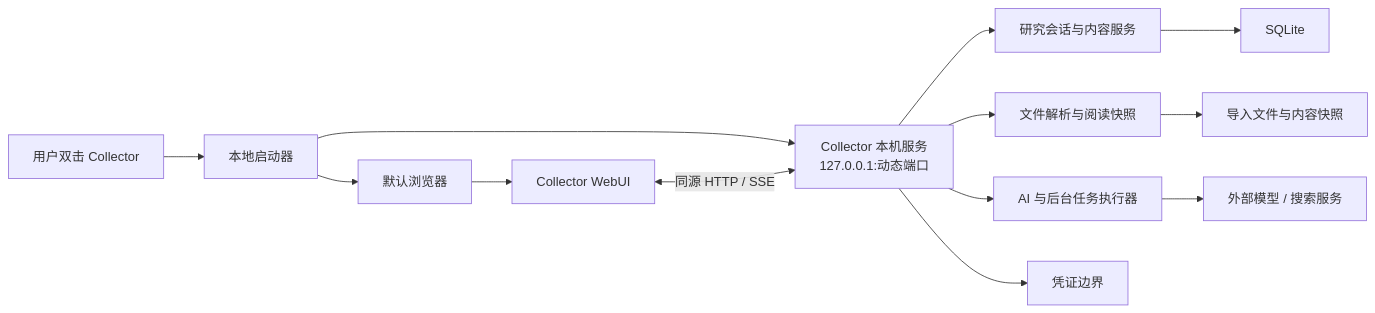
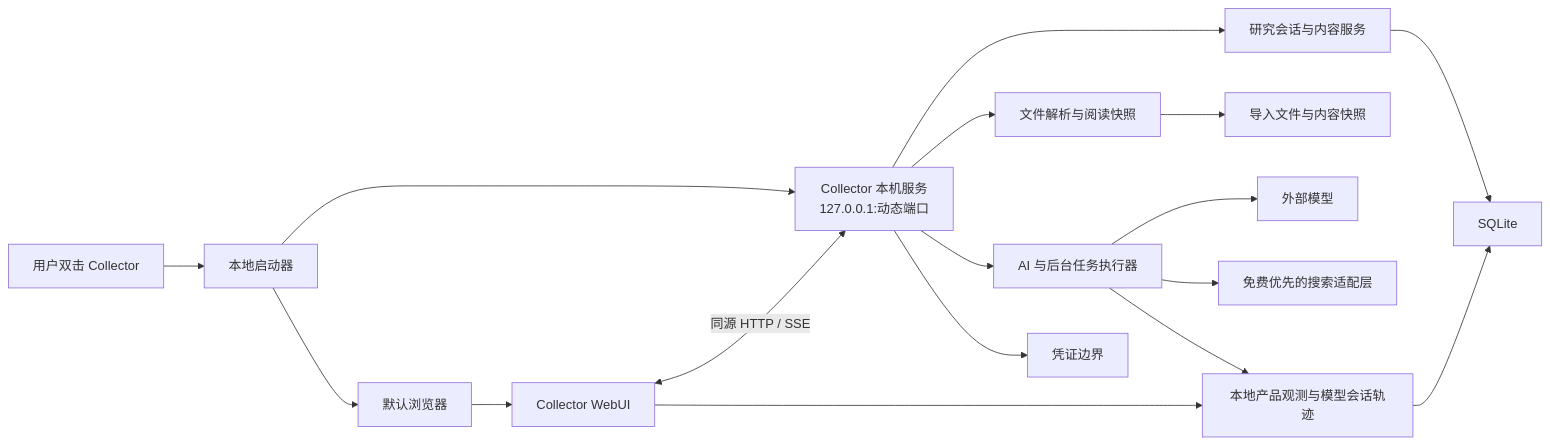
Before and after one commit to doupier-AI/collector: the diagram in docs/ARCHITECTURE.md, drawn with Mermaid. The commit also changed other lines of this file and 4 other files, not shown here.

````diff
--- a/docs/ARCHITECTURE.md
+++ b/docs/ARCHITECTURE.md
@@ -20,17 +21,21 @@
 ```mermaid
 flowchart LR
   USER["用户双击 Collector"] --> LAUNCHER["本地启动器"]
   LAUNCHER --> SERVICE["Collector 本机服务<br/>127.0.0.1:动态端口"]
   LAUNCHER --> BROWSER["默认浏览器"]
   BROWSER --> WEBUI["Collector WebUI"]
   WEBUI <-->|"同源 HTTP / SSE"| SERVICE
 
   SERVICE --> DOMAIN["研究会话与内容服务"]
   SERVICE --> PARSER["文件解析与阅读快照"]
   SERVICE --> TASKS["AI 与后台任务执行器"]
   SERVICE --> CREDS["凭证边界"]
+  WEBUI --> TRACE["本地产品观测与模型会话轨迹"]
 
   DOMAIN --> SQLITE["SQLite"]
   PARSER --> FILES["导入文件与内容快照"]
-  TASKS --> MODELS["外部模型 / 搜索服务"]
+  TASKS --> MODELS["外部模型"]
+  TASKS --> SEARCH["免费优先的搜索适配层"]
+  TASKS --> TRACE
+  TRACE --> SQLITE
 ```
````
